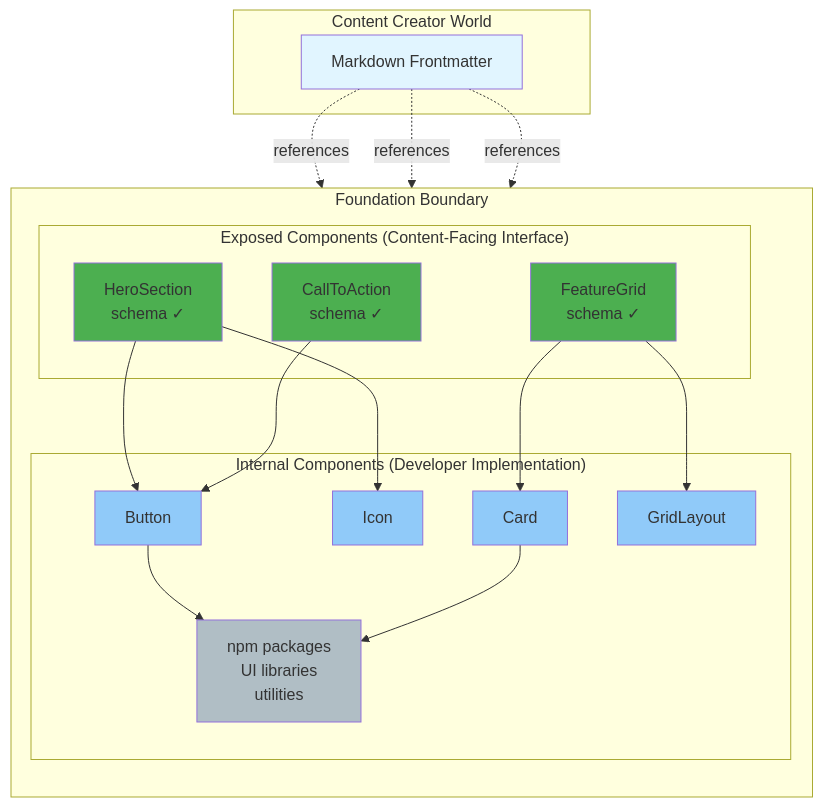
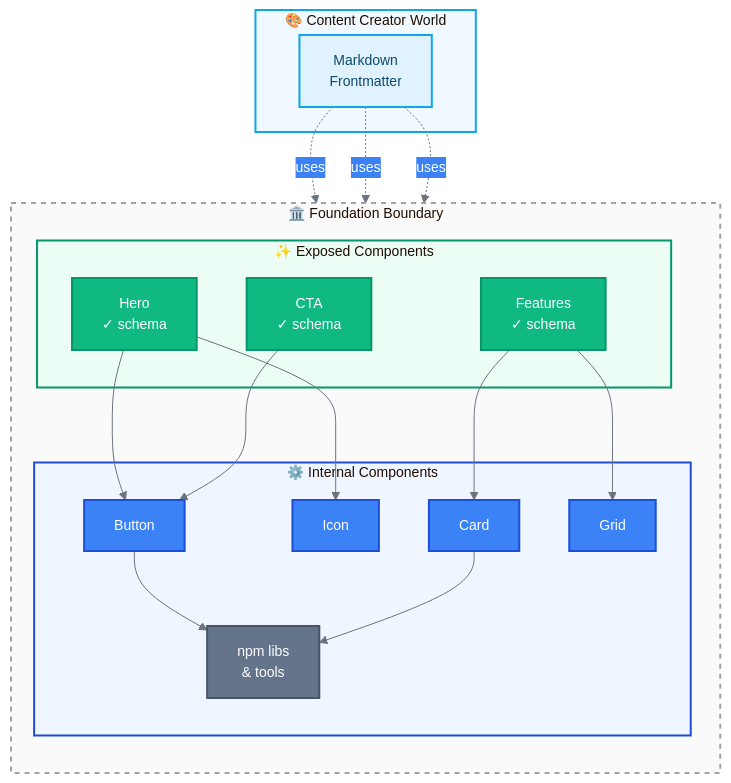
Before and after one commit to uniwebcms/framework: the first of 8 diagrams in docs/uniweb-diagrams.md, drawn with Mermaid. The commit also changed other lines of this file, not shown here.

Commit message:
Improve diagrams

````diff
--- a/docs/uniweb-diagrams.md
+++ b/docs/uniweb-diagrams.md
@@ -7,48 +7,50 @@
 ```mermaid
+%%{init: {'theme':'base', 'themeVariables': { 'primaryColor':'#10b981','primaryTextColor':'#fff','primaryBorderColor':'#059669','lineColor':'#6b7280','secondaryColor':'#3b82f6','tertiaryColor':'#e0f2fe','fontSize':'14px'}}}%%
 graph TB
-    subgraph "Content Creator World"
-        MD[Markdown Frontmatter]
-        style MD fill:#e1f5ff
+    subgraph CC["🎨 Content Creator World"]
+        MD[Markdown<br/>Frontmatter]
+        style MD fill:#e0f2fe,stroke:#0ea5e9,stroke-width:2px,color:#0c4a6e
     end
-    
-    subgraph "Foundation Boundary"
+
+    subgraph FB["🏛️ Foundation Boundary"]
         direction TB
-        subgraph "Exposed Components (Content-Facing Interface)"
-            HERO[HeroSection<br/>schema ✓]
-            FEAT[FeatureGrid<br/>schema ✓]
-            CTA[CallToAction<br/>schema ✓]
-            style HERO fill:#4caf50
-            style FEAT fill:#4caf50
-            style CTA fill:#4caf50
+        subgraph EC["✨ Exposed Components"]
+            HERO[Hero<br/>✓ schema]
+            FEAT[Features<br/>✓ schema]
+            CTA[CTA<br/>✓ schema]
+            style HERO fill:#10b981,stroke:#059669,stroke-width:2px,color:#fff
+            style FEAT fill:#10b981,stroke:#059669,stroke-width:2px,color:#fff
+            style CTA fill:#10b981,stroke:#059669,stroke-width:2px,color:#fff
         end
-        
-        subgraph "Internal Components (Developer Implementation)"
+
+        subgraph IC["⚙️ Internal Components"]
             BTN[Button]
             CARD[Card]
             ICON[Icon]
-            GRID[GridLayout]
-            NPM[npm packages<br/>UI libraries<br/>utilities]
-            style BTN fill:#90caf9
-            style CARD fill:#90caf9
-            style ICON fill:#90caf9
-            style GRID fill:#90caf9
-            style NPM fill:#b0bec5
+            GRID[Grid]
+            NPM[npm libs<br/>& tools]
+            style BTN fill:#3b82f6,stroke:#1d4ed8,stroke-width:2px,color:#fff
+            style CARD fill:#3b82f6,stroke:#1d4ed8,stroke-width:2px,color:#fff
+            style ICON fill:#3b82f6,stroke:#1d4ed8,stroke-width:2px,color:#fff
+            style GRID fill:#3b82f6,stroke:#1d4ed8,stroke-width:2px,color:#fff
+            style NPM fill:#64748b,stroke:#475569,stroke-width:2px,color:#fff
         end
-        
+
         HERO --> BTN
         HERO --> ICON
         FEAT --> CARD
         FEAT --> GRID
         CTA --> BTN
         BTN --> NPM
         CARD --> NPM
     end
-    
-    MD -.references.-> HERO
-    MD -.references.-> FEAT
-    MD -.references.-> CTA
-    
-    classDef contentWorld fill:#e1f5ff,stroke:#0288d1
-    classDef exposedComp fill:#4caf50,stroke:#2e7d32
-    classDef internalComp fill:#90caf9,stroke:#1976d2
+
+    MD -.uses.-> HERO
+    MD -.uses.-> FEAT
+    MD -.uses.-> CTA
+
+    style CC fill:#f0f9ff,stroke:#0ea5e9,stroke-width:2px
+    style FB fill:#fafafa,stroke:#a3a3a3,stroke-width:2px,stroke-dasharray: 5 5
+    style EC fill:#ecfdf5,stroke:#059669,stroke-width:2px
+    style IC fill:#eff6ff,stroke:#1d4ed8,stroke-width:2px
 ```
````
